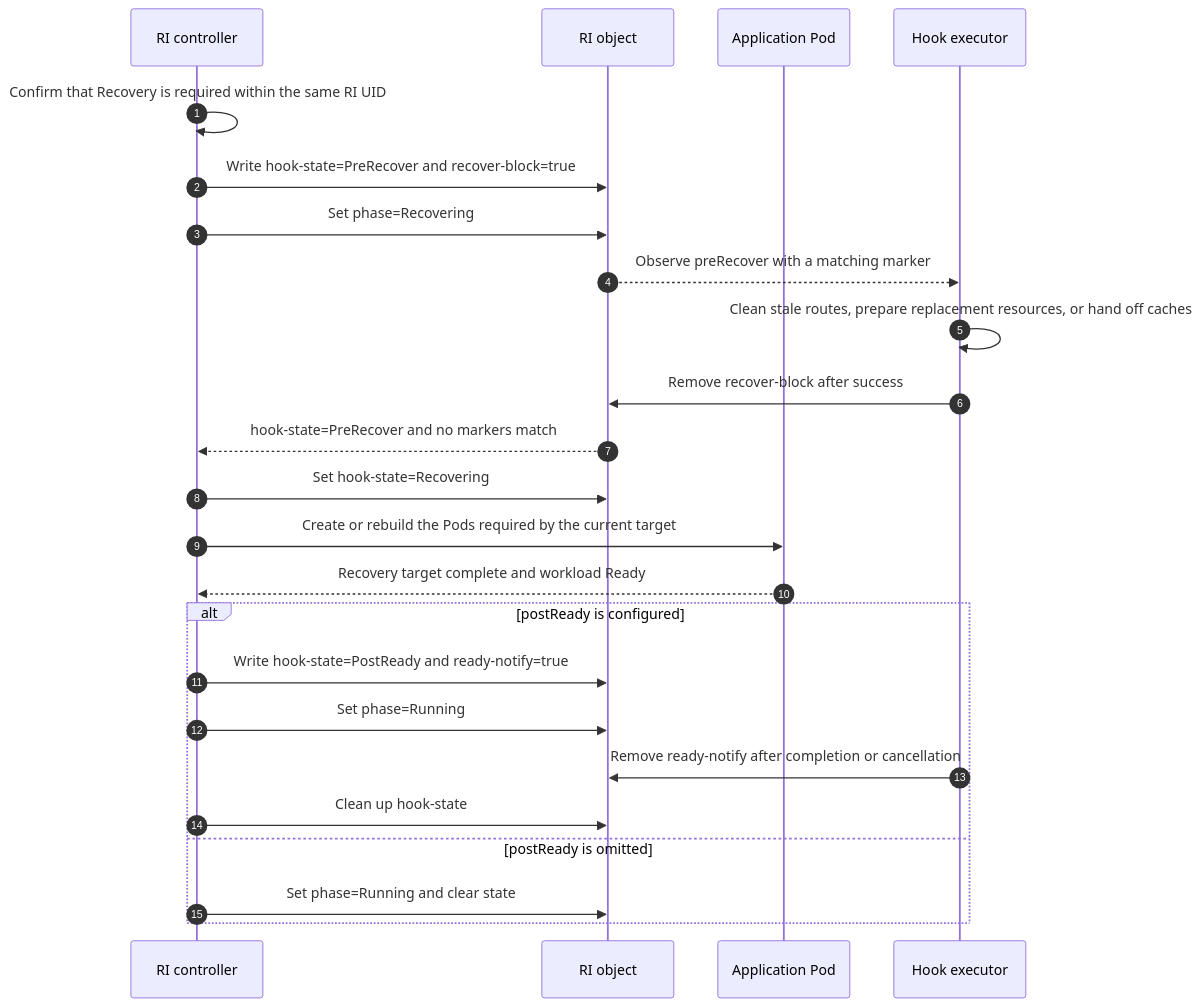
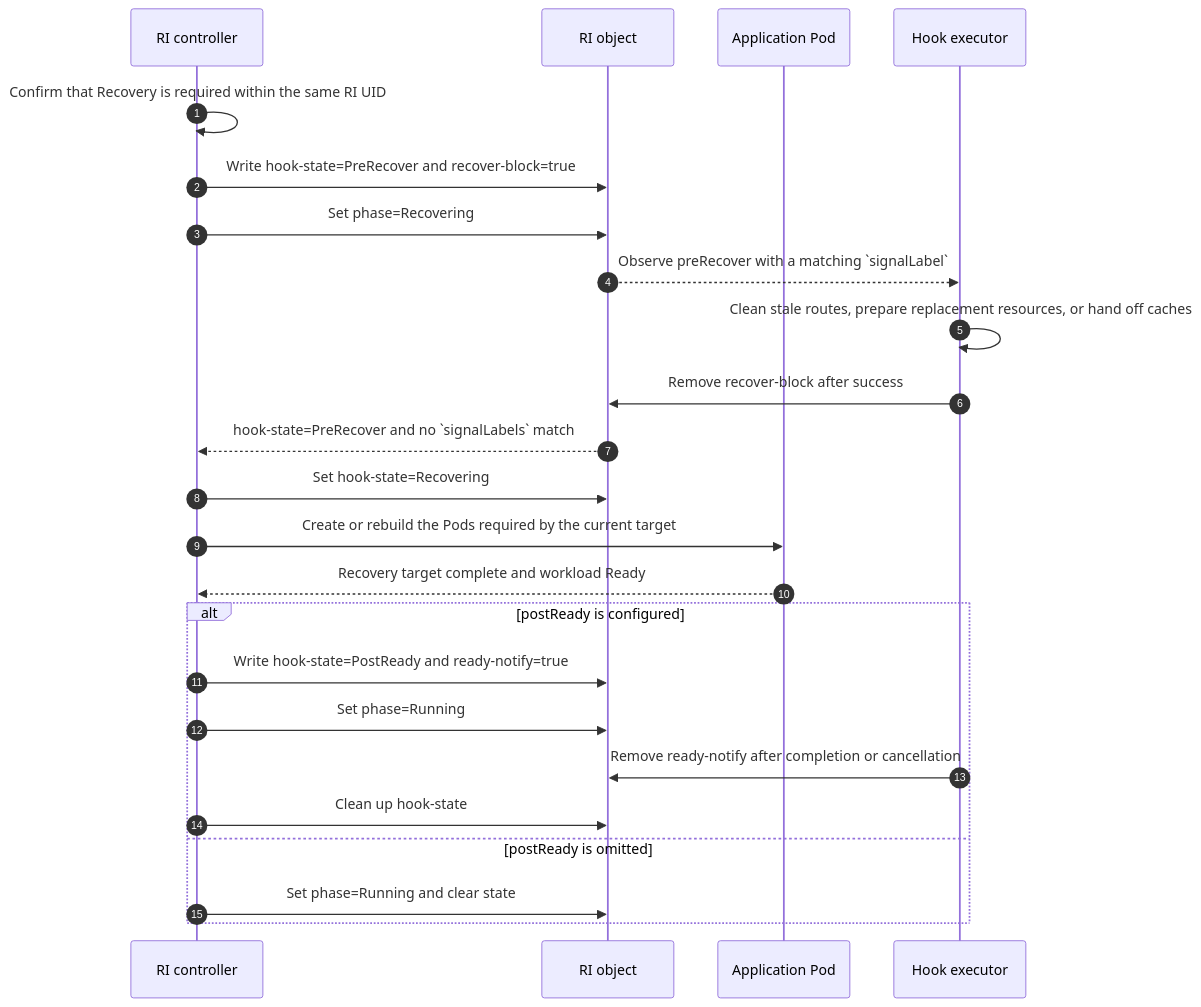
The second of 4 diagrams in keps/527-roleinstance-lifecycle/README.md (sgl-project/rbg), drawn with Mermaid before and after one commit. The commit also changed other lines of this file and 1 other file, not shown here.

Commit message:
docs: rename marker to signalLabel in KEP-527

````diff
--- a/keps/527-roleinstance-lifecycle/README.md
+++ b/keps/527-roleinstance-lifecycle/README.md
@@ -605,26 +609,26 @@
 ```mermaid
 sequenceDiagram
     autonumber
     participant C as RI controller
     participant R as RI object
     participant P as Application Pod
     participant E as Hook executor
     C->>C: Confirm that Recovery is required within the same RI UID
     C->>R: Write hook-state=PreRecover and recover-block=true
     C->>R: Set phase=Recovering
-    R-->>E: Observe preRecover with a matching marker
+    R-->>E: Observe preRecover with a matching `signalLabel`
     E->>E: Clean stale routes, prepare replacement resources, or hand off caches
     E->>R: Remove recover-block after success
-    R-->>C: hook-state=PreRecover and no markers match
+    R-->>C: hook-state=PreRecover and no `signalLabels` match
     C->>R: Set hook-state=Recovering
     C->>P: Create or rebuild the Pods required by the current target
     P-->>C: Recovery target complete and workload Ready
     alt postReady is configured
         C->>R: Write hook-state=PostReady and ready-notify=true
         C->>R: Set phase=Running
         E->>R: Remove ready-notify after completion or cancellation
         C->>R: Clean up hook-state
     else postReady is omitted
         C->>R: Set phase=Running and clear state
     end
 ```
````
